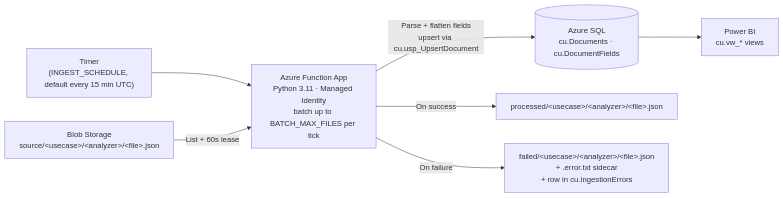
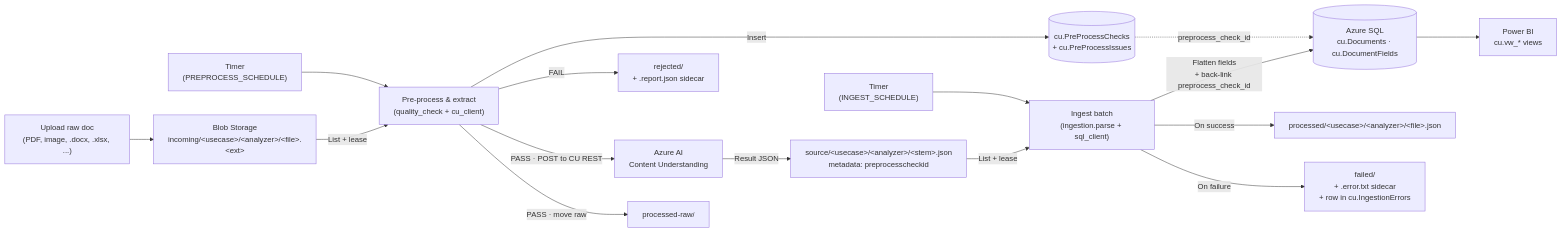
One commit to GeorgeStevens13/Content-Understanding-Confidence-Logger changed the diagram in README.md. Above: the diagram before and after it, drawn with Mermaid. The commit also changed other lines of this file and 29 other files, not shown here.

Commit message:
addition of Pre-process data quality checking

````diff
--- a/README.md
+++ b/README.md
@@ -11,10 +20,21 @@
 ```mermaid
 flowchart LR
-    T["Timer<br/>(INGEST_SCHEDULE, default every 15 min UTC)"] --> B
-    A["Blob Storage<br/>source/&lt;usecase&gt;/&lt;analyzer&gt;/&lt;file&gt;.json"] -->|List + 60s lease| B
-    B["Azure Function App<br/>Python 3.11 · Managed Identity<br/>batch up to BATCH_MAX_FILES per tick"]
-    B -->|Parse + flatten fields<br/>upsert via cu.usp_UpsertDocument| C[("Azure SQL<br/>cu.Documents · cu.DocumentFields")]
+    T1["Timer<br/>(PREPROCESS_SCHEDULE)"] --> P
+    U["Upload raw doc<br/>(PDF, image, .docx, .xlsx, ...)"] --> I
+    I["Blob Storage<br/>incoming/&lt;usecase&gt;/&lt;analyzer&gt;/&lt;file&gt;.&lt;ext&gt;"] -->|List + lease| P
+    P["Pre-process & extract<br/>(quality_check + cu_client)"]
+    P -->|Insert| PC[("cu.PreProcessChecks<br/>+ cu.PreProcessIssues")]
+    P -->|FAIL| R["rejected/<br/>+ .report.json sidecar"]
+    P -->|PASS · POST to CU REST| CU["Azure AI<br/>Content Understanding"]
+    CU -->|Result JSON| S["source/&lt;usecase&gt;/&lt;analyzer&gt;/&lt;stem&gt;.json<br/>metadata: preprocesscheckid"]
+    P -->|PASS · move raw| PR["processed-raw/"]
+
+    T2["Timer<br/>(INGEST_SCHEDULE)"] --> B
+    S -->|List + lease| B
+    B["Ingest batch<br/>(ingestion.parse + sql_client)"]
+    B -->|Flatten fields<br/>+ back-link preprocess_check_id| C[("Azure SQL<br/>cu.Documents · cu.DocumentFields")]
+    PC -.->|preprocess_check_id| C
     C --> D["Power BI<br/>cu.vw_* views"]
     B -->|On success| E["processed/&lt;usecase&gt;/&lt;analyzer&gt;/&lt;file&gt;.json"]
-    B -->|On failure| F["failed/&lt;usecase&gt;/&lt;analyzer&gt;/&lt;file&gt;.json<br/>+ .error.txt sidecar<br/>+ row in cu.IngestionErrors"]
+    B -->|On failure| F["failed/<br/>+ .error.txt sidecar<br/>+ row in cu.IngestionErrors"]
 ```
````
